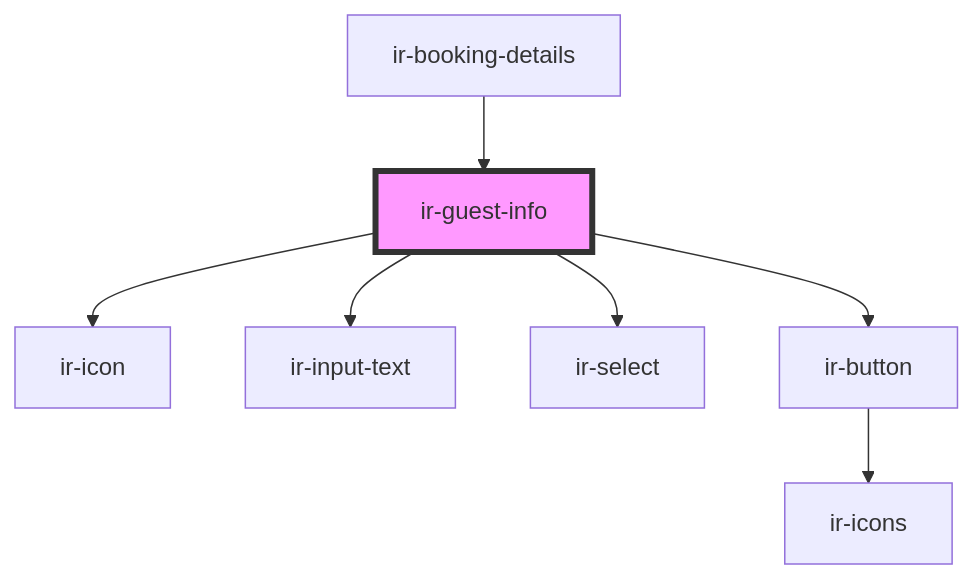
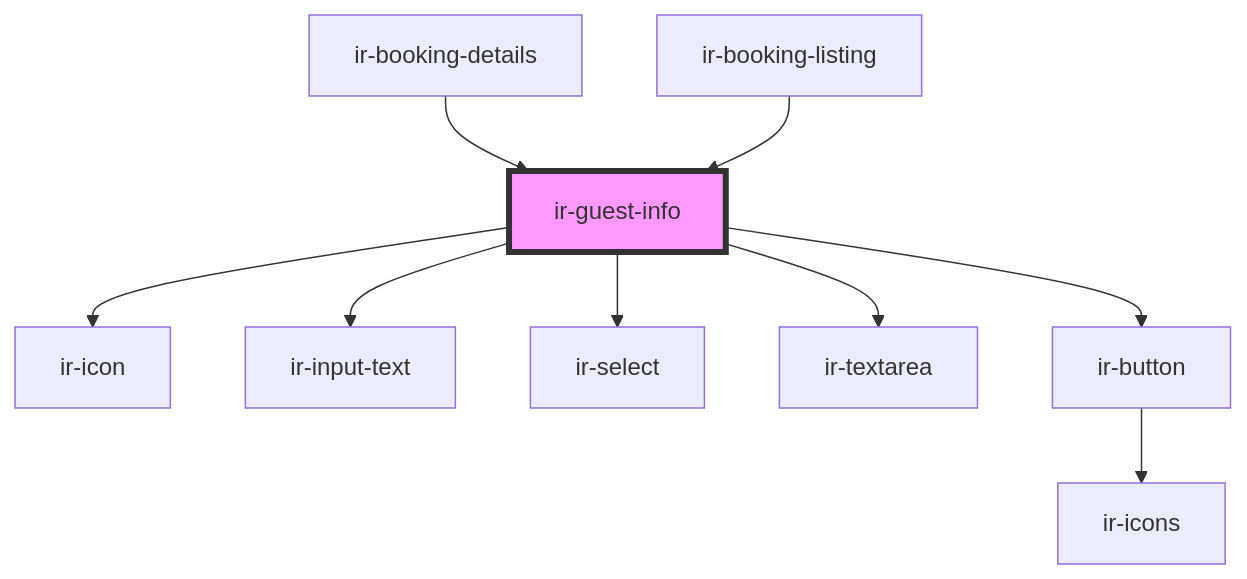
Before and after one commit to RonyRizk/ir-webcmp: the diagram in src/components/ir-guest-info/readme.md, drawn with Mermaid. The commit also changed other lines of this file and 88 other files, not shown here.

````diff
--- a/src/components/ir-guest-info/readme.md
+++ b/src/components/ir-guest-info/readme.md
@@ -42,10 +43,12 @@
 ```mermaid
 graph TD;
   ir-guest-info --> ir-icon
   ir-guest-info --> ir-input-text
   ir-guest-info --> ir-select
+  ir-guest-info --> ir-textarea
   ir-guest-info --> ir-button
   ir-button --> ir-icons
   ir-booking-details --> ir-guest-info
+  ir-booking-listing --> ir-guest-info
   style ir-guest-info fill:#f9f,stroke:#333,stroke-width:4px
 ```
````
